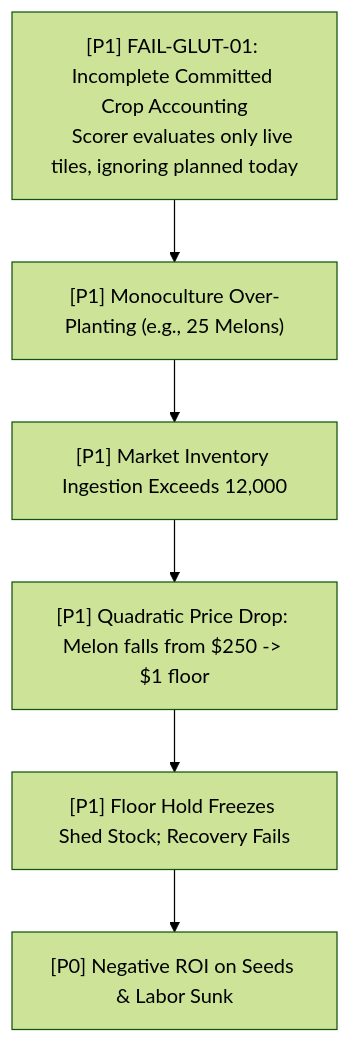
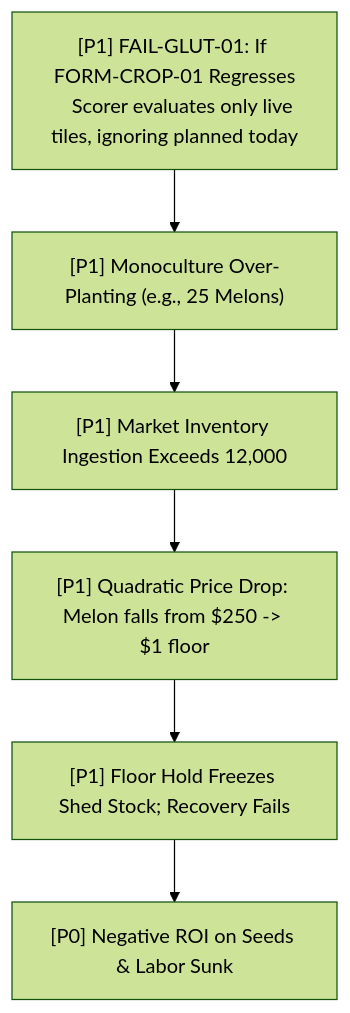
One commit to aaryasj0310-stack/farm changed the seventh of 10 diagrams in architecture/failure_propagation.md. Above: the diagram before and after it, drawn with Mermaid (forest theme). The commit also changed other lines of this file and 242 other files, not shown here.

````diff
--- a/architecture/failure_propagation.md
+++ b/architecture/failure_propagation.md
@@ -152,12 +195,12 @@
 ```mermaid
 flowchart TD
-    F1["[P1] FAIL-GLUT-01: Incomplete Committed Crop Accounting
+    F1["[P1] FAIL-GLUT-01: If FORM-CROP-01 Regresses
     Scorer evaluates only live tiles, ignoring planned today"]
     F2["[P1] Monoculture Over-Planting (e.g., 25 Melons)"]
     F3["[P1] Market Inventory Ingestion Exceeds 12,000"]
     F4["[P1] Quadratic Price Drop: Melon falls from $250 -> $1 floor"]
     F5["[P1] Floor Hold Freezes Shed Stock; Recovery Fails"]
     F6["[P0] Negative ROI on Seeds & Labor Sunk"]
 
     F1 --> F2 --> F3 --> F4 --> F5 --> F6
 ```
````
